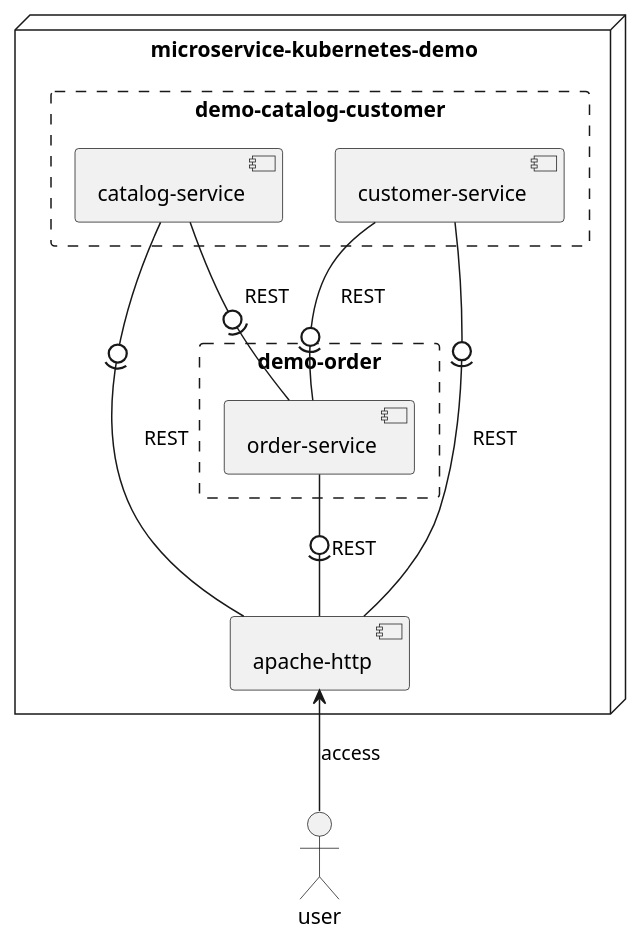
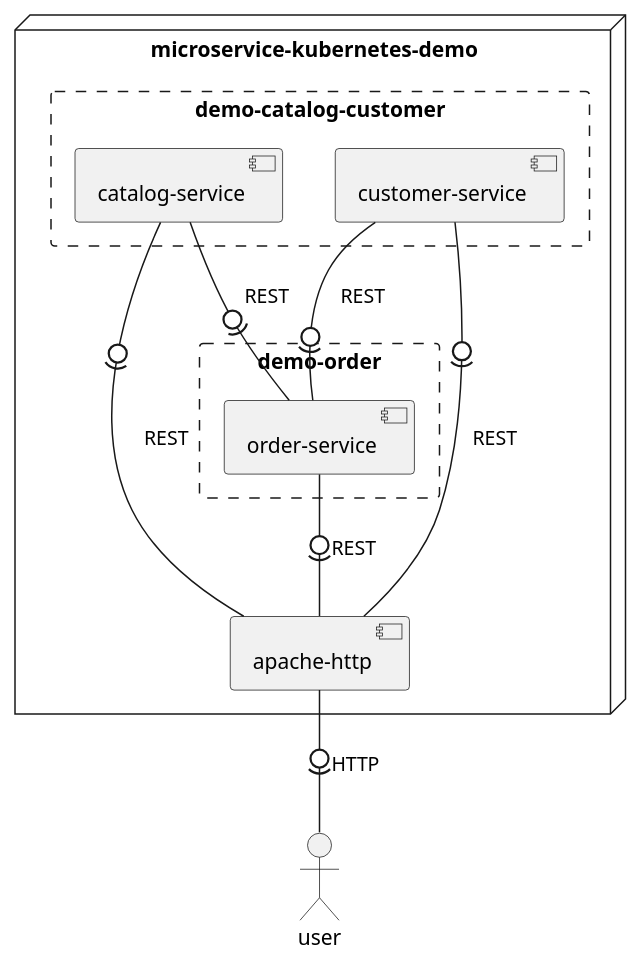
Before and after one commit to TuncerCatalkaya/chaos-engineering-tools-examples: the diagram in microservice-kubernetes-demo.puml, drawn with PlantUML. The commit also changed 1 other file, not shown here.

Commit message:
fixed apache http interface in component diagram

```diff
--- a/microservice-kubernetes-demo.puml
+++ b/microservice-kubernetes-demo.puml
@@ -1,26 +1,26 @@
 @startuml
 'https://plantuml.com/component-diagram
 
 actor user
 node "microservice-kubernetes-demo" {
     rectangle "demo-catalog-customer" as demoCatalogCustomer #line.dashed {
         component "catalog-service" as catalogService
         component "customer-service" as customerService
     }
 
     rectangle "demo-order" as demoOrder #line.dashed {
         component "order-service" as orderService
     }
 
     component "apache-http" as apacheHttp
 }
 
-user -up-> apacheHttp: access
+user -up(0- apacheHttp: HTTP
 
 catalogService -0)- apacheHttp: REST
 customerService -0)- apacheHttp: REST
 orderService -0)- apacheHttp: REST
 
 catalogService -right0)- orderService: REST
 customerService -down0)- orderService: REST
 @enduml
```
